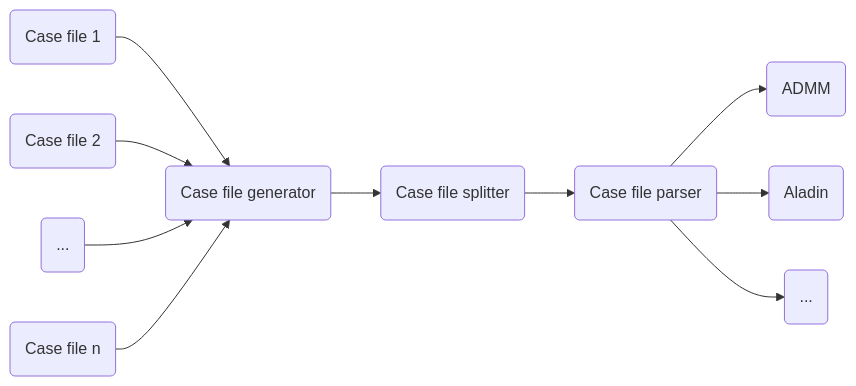
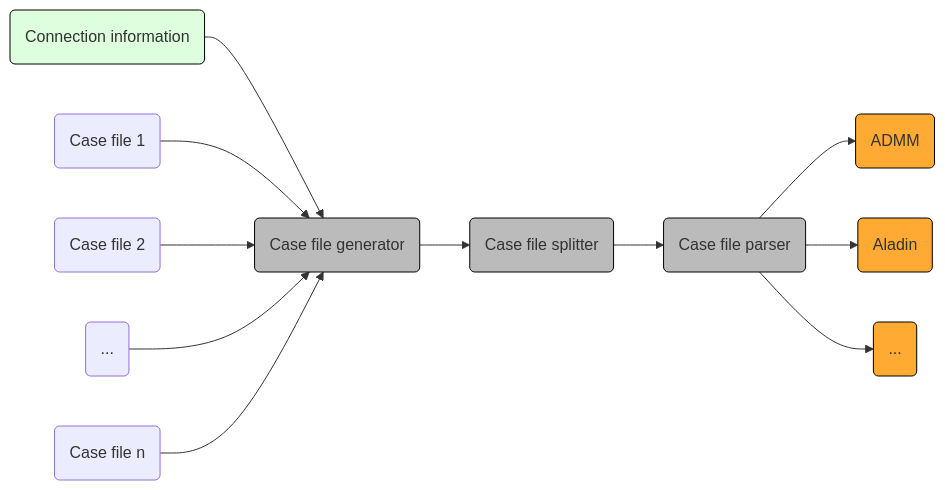
One commit to KIT-IAI/rapidPF changed the first of 5 diagrams in readme.md. Above: the diagram before and after it, drawn with Mermaid. The commit also changed other lines of this file and 80 other files, not shown here.

````diff
--- a/readme.md
+++ b/readme.md
@@ -10,12 +10,17 @@
 ```mermaid
 graph LR;
+    conn(Connection information) --> generator:::case-file-x;
     mpc1(Case file 1) --> generator(Case file generator);
-    mpc2(Case file 2) --> generator(Case file generator);
+    mpc2(Case file 2) --> generator;
     mpcdot(...) --> generator(Case file generator);
     mpcn(Case file n) --> generator(Case file generator);
-    generator-->splitter(Case file splitter);
-    splitter-->parser(Case file parser);
-    parser --> solver1(ADMM);
-    parser --> solver2(Aladin);
-    parser --> solverDot(...);
+    generator-->splitter(Case file splitter):::case-file-x;
+    splitter-->parser(Case file parser):::case-file-x;
+    parser --> solver1(ADMM):::solver;
+    parser --> solver2(Aladin):::solver;
+    parser --> solverDot(...):::solver;
+
+    style conn fill:#ddffdd, stroke:#000000;
+    classDef case-file-x fill:#bbbbbb, stroke:#000000;
+    classDef solver fill:#FFAA33, stroke:#000000;
 ```
````
